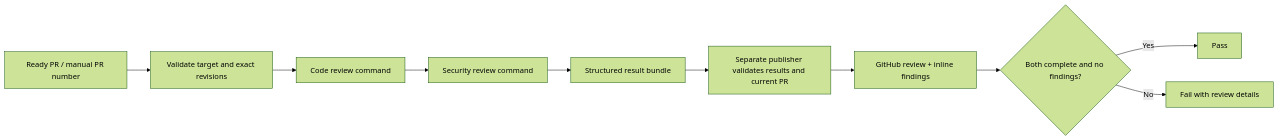
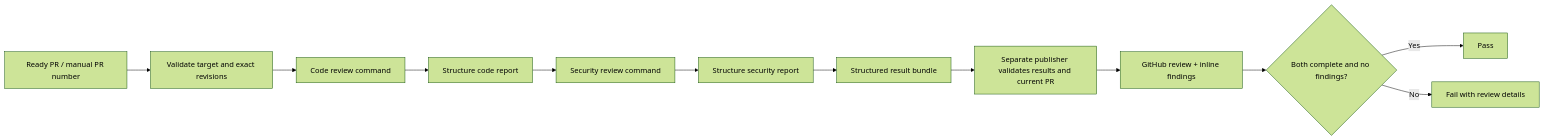
The diagram in docs/development/claude-review.md (deep-chokshi/cloakmill), drawn with Mermaid (forest theme) before and after one commit. The commit also changed other lines of this file and 3 other files, not shown here.

First line of the commit message:
fix: run bundled review commands directly and structure their reports

````diff
--- a/docs/development/claude-review.md
+++ b/docs/development/claude-review.md
@@ -14,12 +15,14 @@
 ```mermaid
 flowchart LR
     PR[Ready PR / manual PR number] --> Target[Validate target and exact revisions]
     Target --> C[Code review command]
-    C --> S[Security review command]
-    S --> JSON[Structured result bundle]
+    C --> CS[Structure code report]
+    CS --> S[Security review command]
+    S --> SS[Structure security report]
+    SS --> JSON[Structured result bundle]
     JSON --> Validate[Separate publisher validates results and current PR]
     Validate --> Review[GitHub review + inline findings]
     Review --> Gate{Both complete and no findings?}
     Gate -->|Yes| Pass[Pass]
     Gate -->|No| Fail[Fail with review details]
 ```
````
